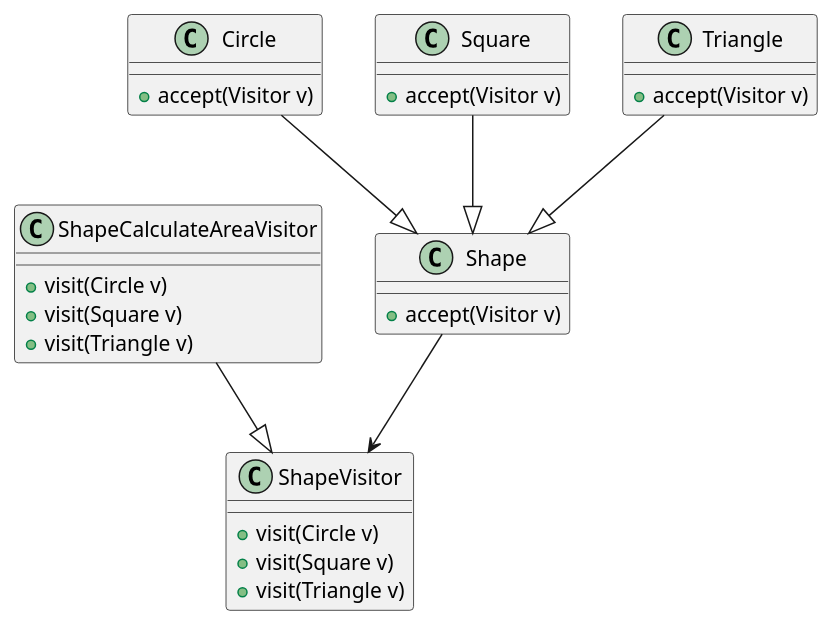
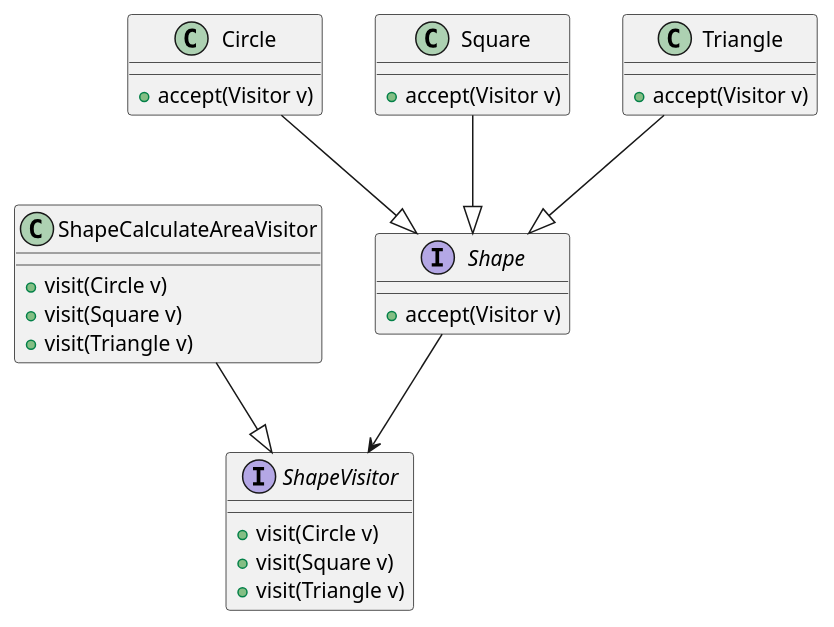
The diagram in patterns/visitor.puml (gillescoolen/design-patterns), drawn with PlantUML before and after one commit.

Commit message:
Change class to interface

```diff
--- a/patterns/visitor.puml
+++ b/patterns/visitor.puml
@@ -1,39 +1,39 @@
 @startuml visitor
 
-class Shape {
+interface Shape {
   + accept(Visitor v)
 }
 
 class Circle {
   + accept(Visitor v)
 }
 
 class Square {
   + accept(Visitor v)
 }
 
 class Triangle {
   + accept(Visitor v)
 }
 
-class ShapeVisitor {
+interface ShapeVisitor {
   + visit(Circle v)
   + visit(Square v)
   + visit(Triangle v)
 }
 
 class ShapeCalculateAreaVisitor {
   + visit(Circle v)
   + visit(Square v)
   + visit(Triangle v)
 }
 
 Circle --|> Shape
 Square --|> Shape
 Triangle --|> Shape
 
 ShapeCalculateAreaVisitor --|> ShapeVisitor
 
 Shape --> ShapeVisitor
 
 @enduml
```
